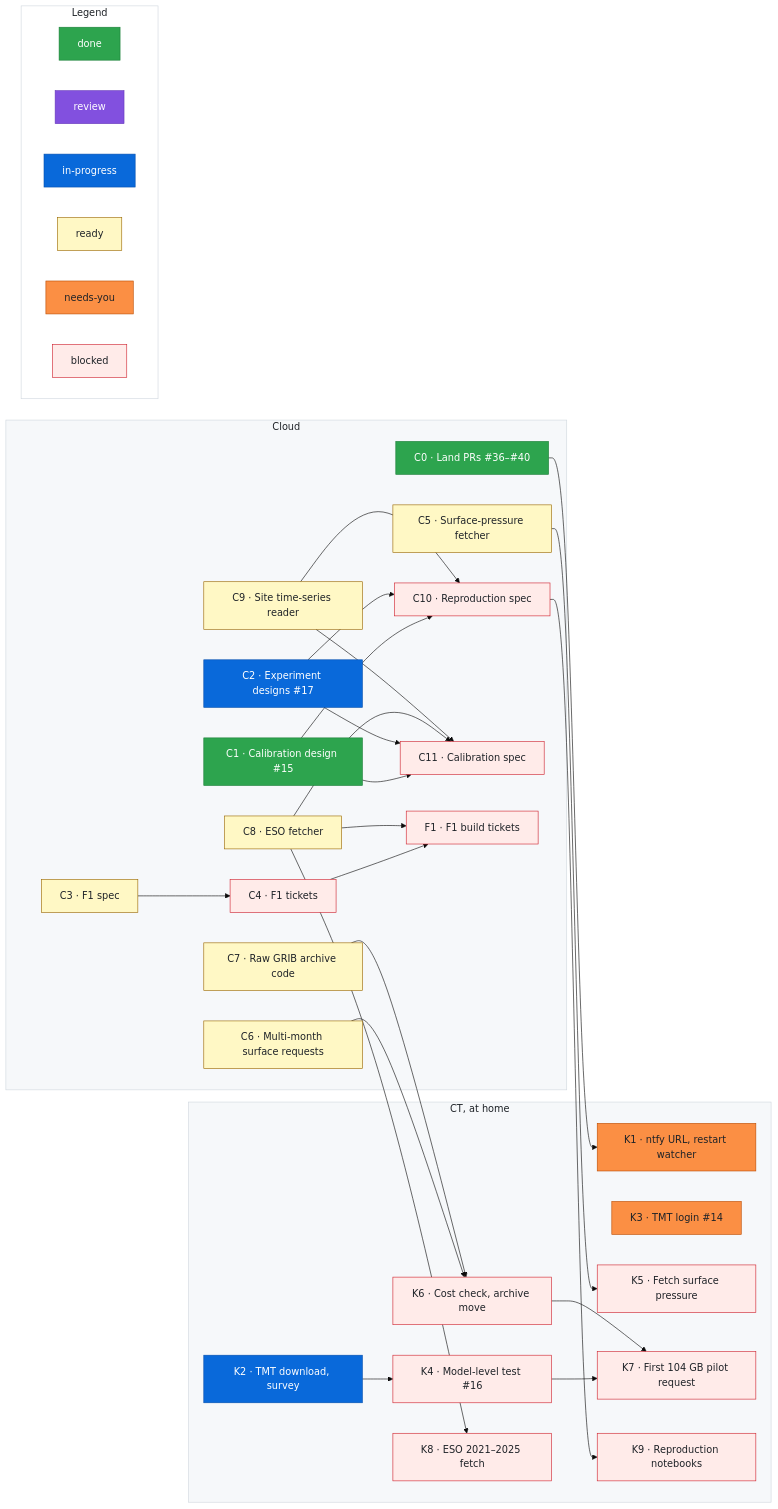
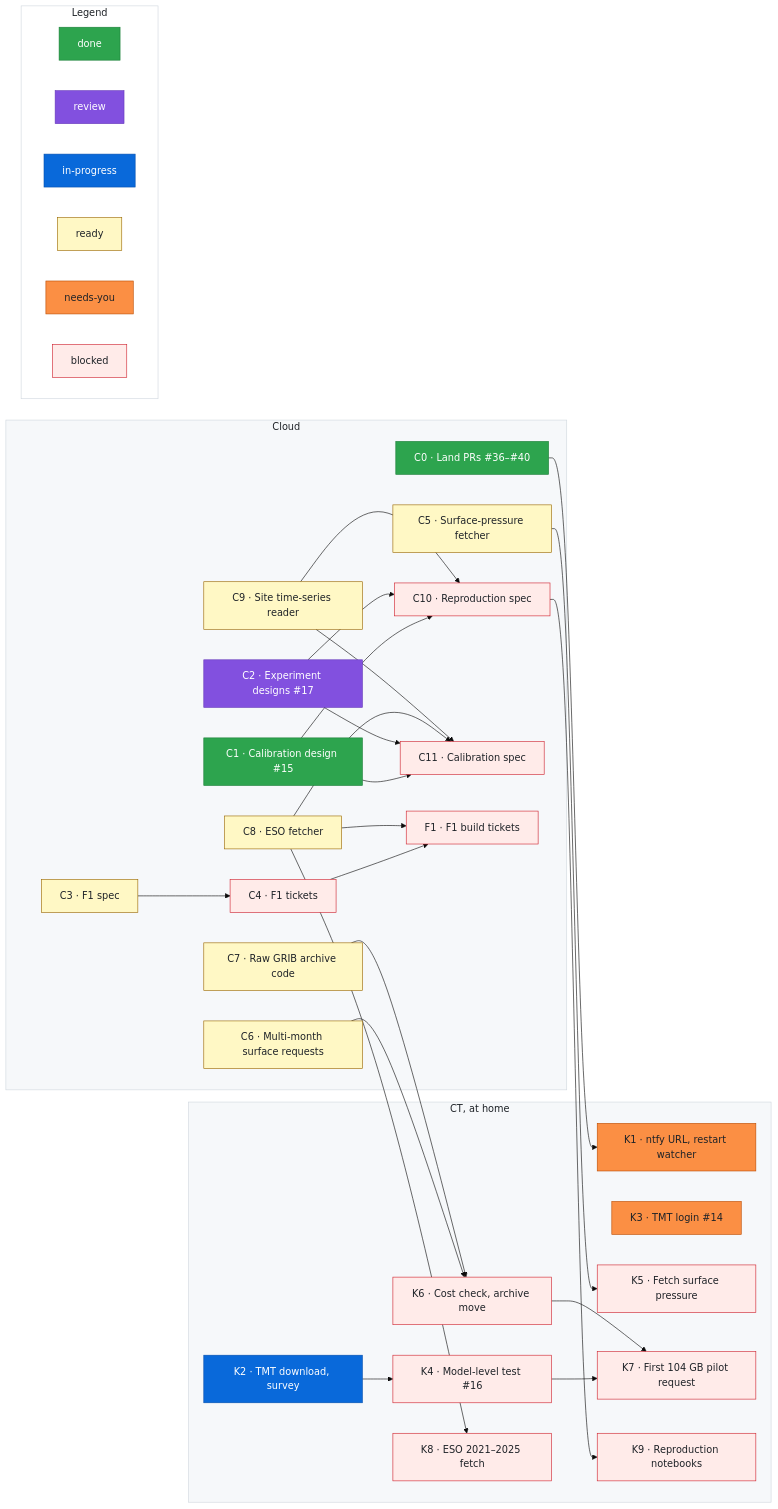
The diagram in docs/roadmap.md (rrweller/Astro-seeing), drawn with Mermaid (base theme) before and after one commit. The commit also changed other lines of this file, not shown here.

Commit message:
roadmap: C2 in-progress → review
Claude-Session: https://claude.ai/code/session_01ECS9rZthXjkSS88C6YqvNF

```diff
--- a/docs/roadmap.md
+++ b/docs/roadmap.md
@@ -133,7 +133,7 @@
   %% ---
   class C1 done
   %% ---
-  class C2 inprogress
+  class C2 review
   %% ---
   class C3 ready
   %% ---
```
